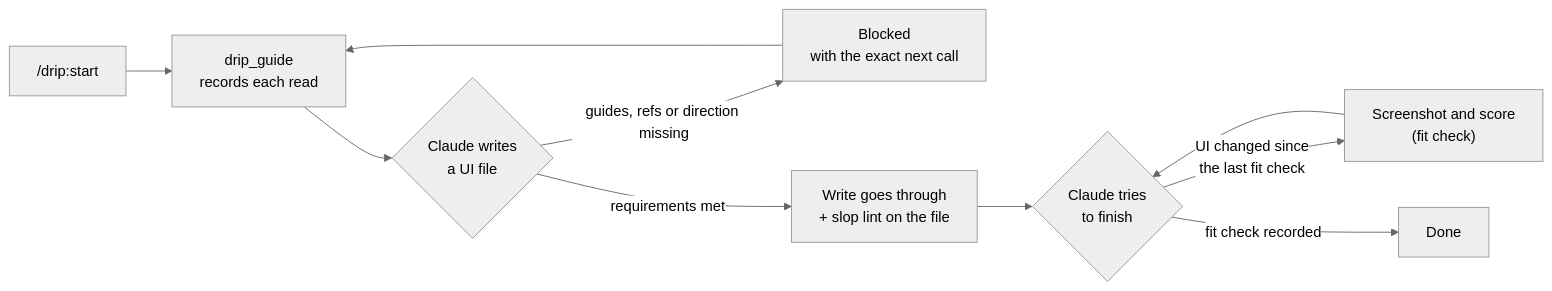
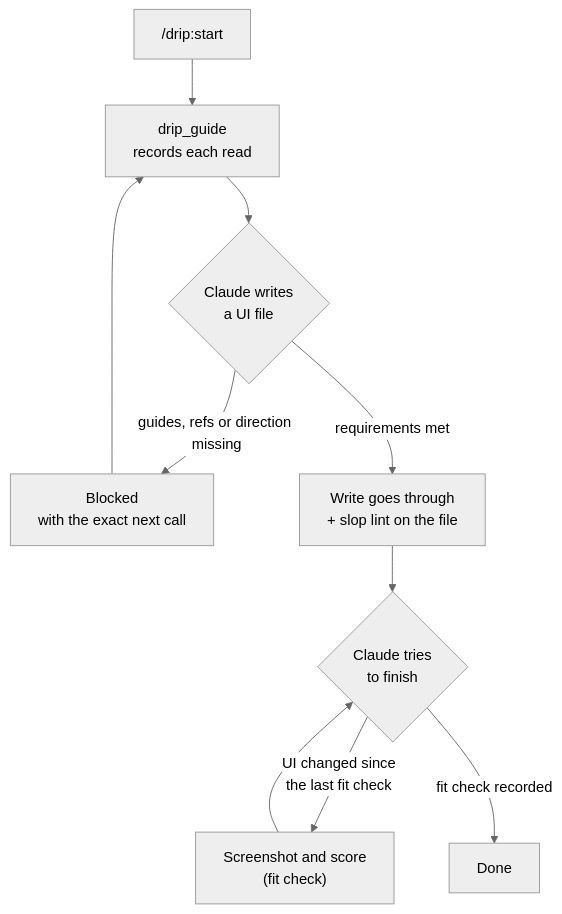
The diagram in README.md (8bitgfx/drip), drawn with Mermaid (neutral theme) before and after one commit. The commit also changed other lines of this file, not shown here.

````diff
--- a/README.md
+++ b/README.md
@@ -99,12 +98,12 @@
 ```mermaid
-flowchart LR
+flowchart TD
   A["/drip:start"] --> B["drip_guide<br/>records each read"]
   B --> C{"Claude writes<br/>a UI file"}
   C -- "guides, refs or direction missing" --> D["Blocked<br/>with the exact next call"]
   D --> B
   C -- "requirements met" --> E["Write goes through<br/>+ slop lint on the file"]
   E --> F{"Claude tries<br/>to finish"}
   F -- "UI changed since<br/>the last fit check" --> G["Screenshot and score<br/>(fit check)"]
   G --> F
   F -- "fit check recorded" --> H["Done"]
 ```
````
